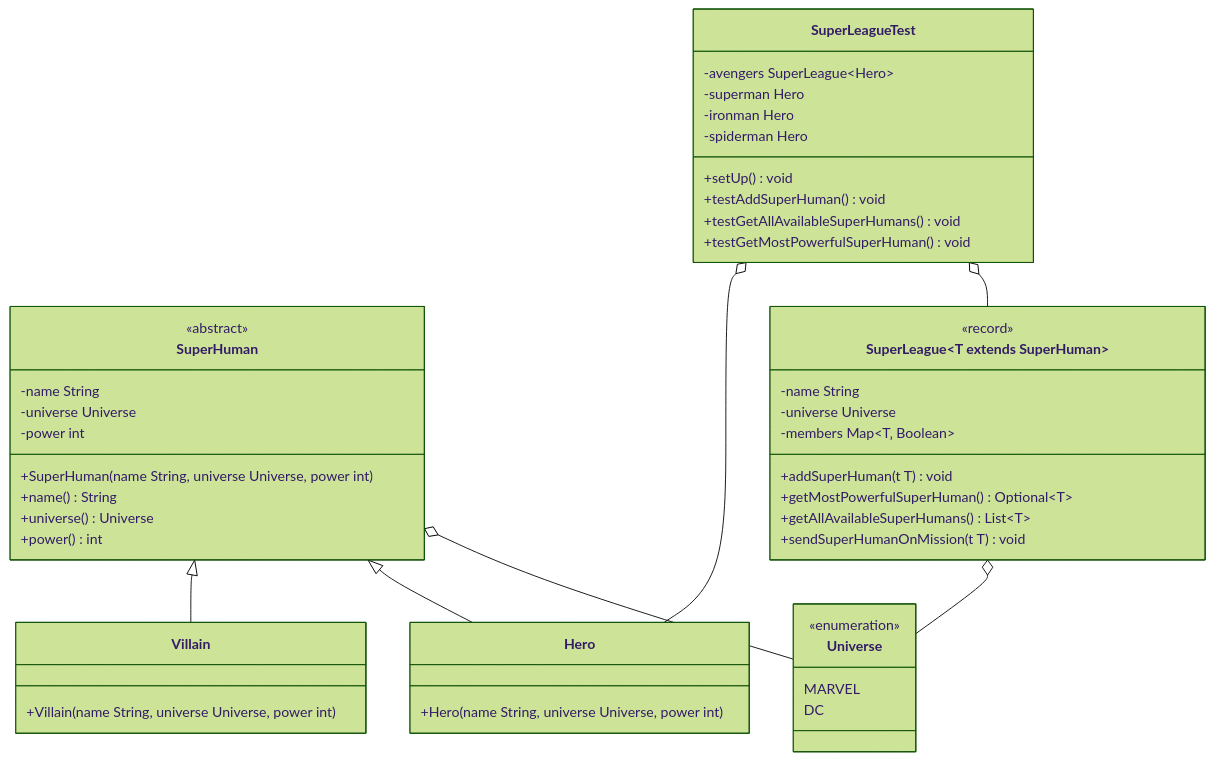
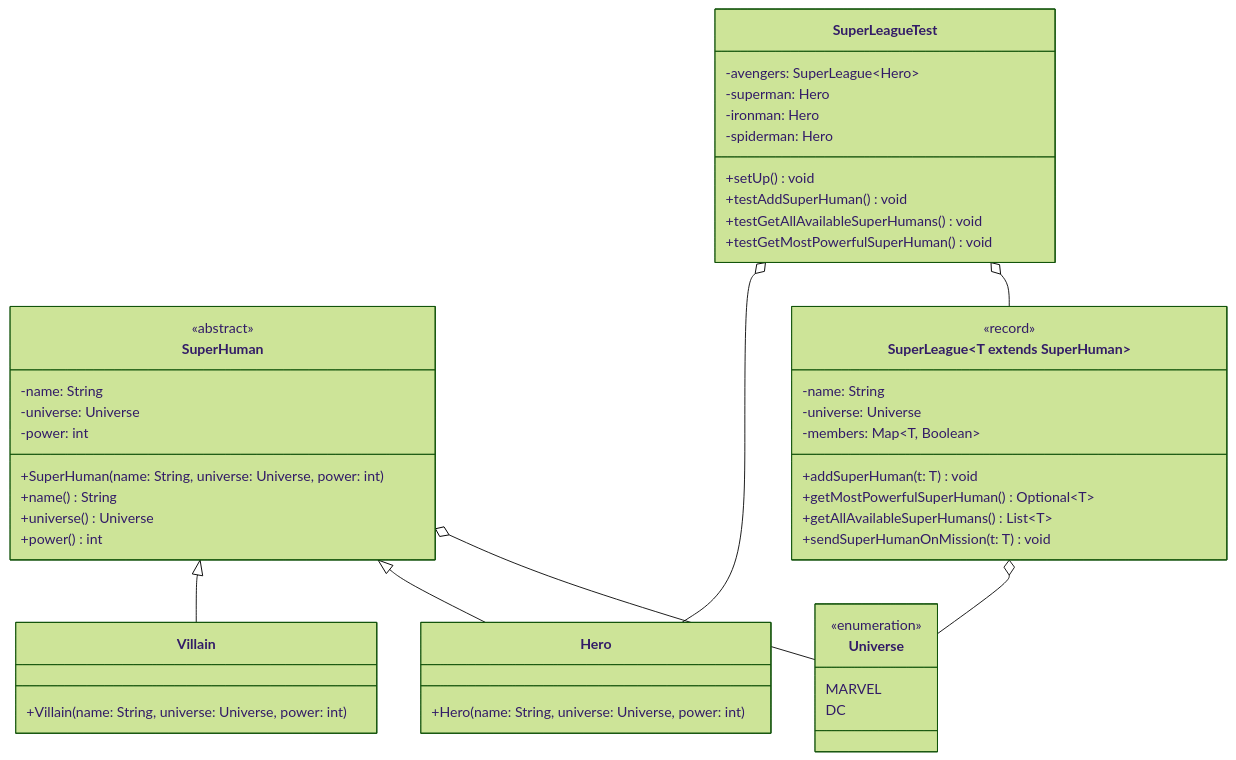
Before and after one commit to jappuccini/java-docs: the first of 3 diagrams in docs/additional-material/daniel-java2/sample-exam.md, drawn with Mermaid (forest theme). The commit also changed other lines of this file and 76 other files, not shown here.

Commit message:
uml fixes (colons, properties), headline fixes (italic) and exam result updates

````diff
--- a/docs/additional-material/daniel-java2/sample-exam.md
+++ b/docs/additional-material/daniel-java2/sample-exam.md
@@ -32,56 +32,56 @@
 ```mermaid
 classDiagram
     SuperHuman <|-- Villain
     SuperHuman <|-- Hero
     SuperHuman o-- Universe
     SuperLeague~T extends SuperHuman~ o-- Universe
     SuperLeagueTest o-- Hero
     SuperLeagueTest o-- SuperLeague
 
     class SuperHuman {
         <<abstract>>
-        -name String
-        -universe Universe
-        -power int
-        +SuperHuman(name String, universe Universe, power int)
+        -name: String
+        -universe: Universe
+        -power: int
+        +SuperHuman(name: String, universe: Universe, power: int)
         +name() String
         +universe() Universe
         +power() int
     }
 
     class Villain {
-        +Villain(name String, universe Universe, power int)
+        +Villain(name: String, universe: Universe, power: int)
     }
 
     class Hero {
-        +Hero(name String, universe Universe, power int)
+        +Hero(name: String, universe: Universe, power: int)
     }
 
     class Universe {
         <<enumeration>>
         MARVEL
         DC
     }
 
     class SuperLeague~T extends SuperHuman~ {
         <<record>>
-        -name String
-        -universe Universe
-        -members Map~T&sbquo; Boolean~
-        +addSuperHuman(t T) void
+        -name: String
+        -universe: Universe
+        -members: Map~T, Boolean~
+        +addSuperHuman(t: T) void
         +getMostPowerfulSuperHuman() Optional~T~
         +getAllAvailableSuperHumans() List~T~
-        +sendSuperHumanOnMission(t T) void
+        +sendSuperHumanOnMission(t: T) void
     }
 
     class SuperLeagueTest {
-        -avengers SuperLeague~Hero~
-        -superman Hero
-        -ironman Hero
-        -spiderman Hero
+        -avengers: SuperLeague~Hero~
+        -superman: Hero
+        -ironman: Hero
+        -spiderman: Hero
         +setUp() void
         +testAddSuperHuman() void
         +testGetAllAvailableSuperHumans() void
         +testGetMostPowerfulSuperHuman() void
     }
 ```
````
